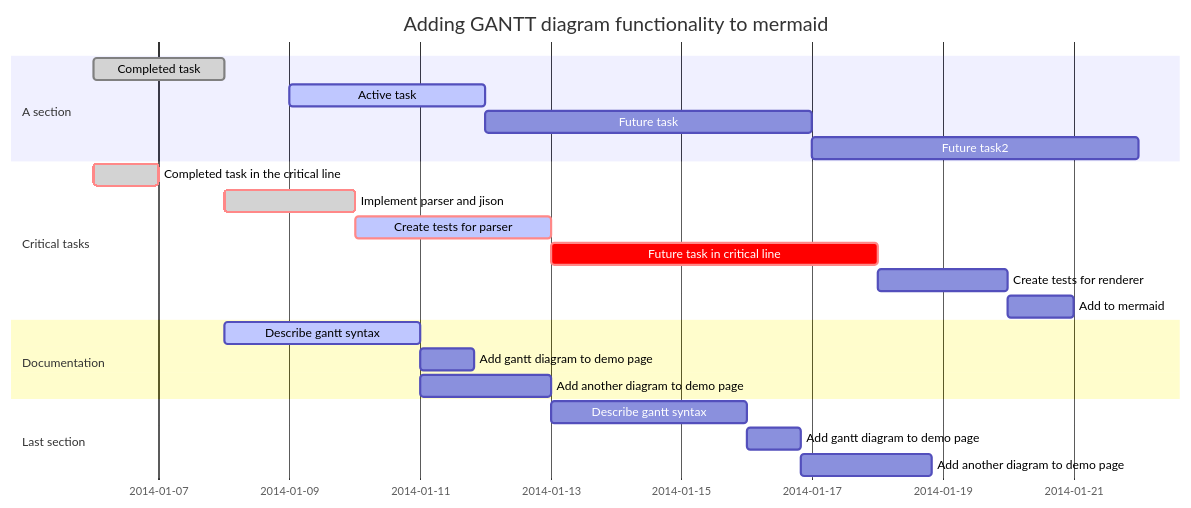
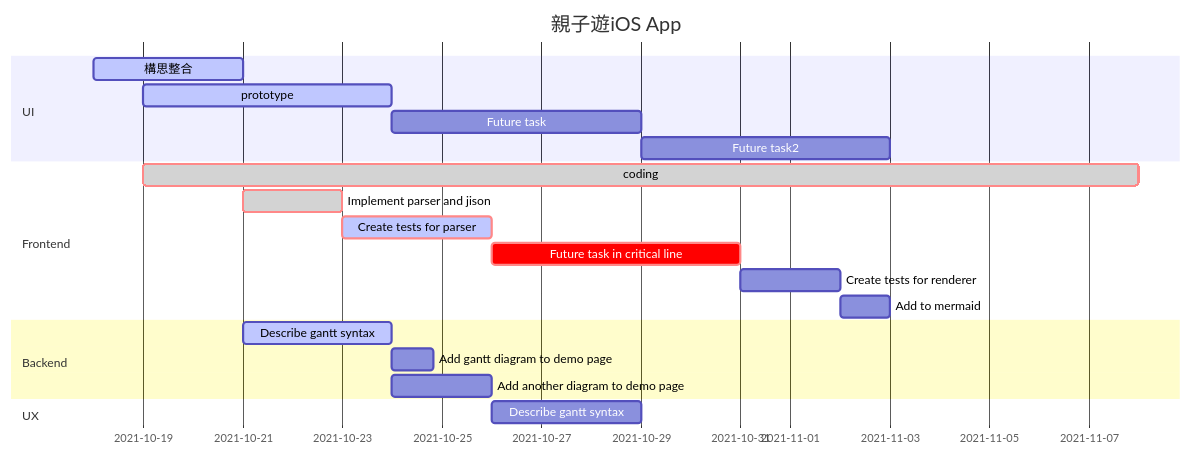
The diagram in README.md (eve174428/frontend), drawn with Mermaid before and after one commit.

```diff
--- a/README.md
+++ b/README.md
@@ -1,28 +1,27 @@
 ~~~mermaid
-  gantt
+      gantt
         dateFormat  YYYY-MM-DD
-        title Adding GANTT diagram functionality to mermaid
+        title 親子遊iOS App
 
-        section A section
-        Completed task            :done,    des1, 2014-01-06,2014-01-08
-        Active task               :active,  des2, 2014-01-09, 3d
+        section UI
+        構思整合                    :active, des1, 2021-10-18,3d
+        prototype                  :active,  des2, 2021-10-19,5d
         Future task               :         des3, after des2, 5d
-        Future task2               :         des4, after des3, 5d
-        section Critical tasks
-        Completed task in the critical line :crit, done, 2014-01-06,24h
+        Future task2              :         des4, after des3, 5d
+
+        section Frontend
+        coding :crit, done, 2021-10-19,20d
         Implement parser and jison          :crit, done, after des1, 2d
         Create tests for parser             :crit, active, 3d
         Future task in critical line        :crit, 5d
         Create tests for renderer           :2d
         Add to mermaid                      :1d
 
-        section Documentation
+        section Backend
         Describe gantt syntax               :active, a1, after des1, 3d
         Add gantt diagram to demo page      :after a1  , 20h
         Add another diagram to demo page    :doc1, after a1  , 48h
 
-        section Last section
+        section UX
         Describe gantt syntax               :after doc1, 3d
-        Add gantt diagram to demo page      : 20h
-        Add another diagram to demo page    : 48h
 ~~~
```
